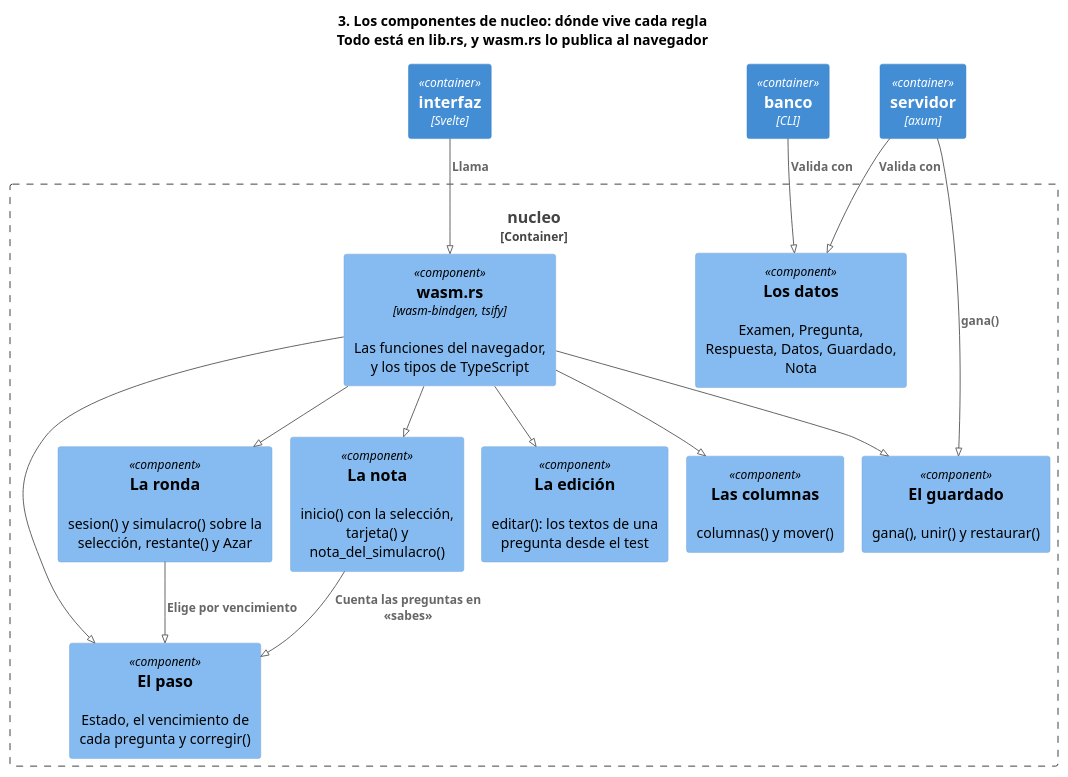
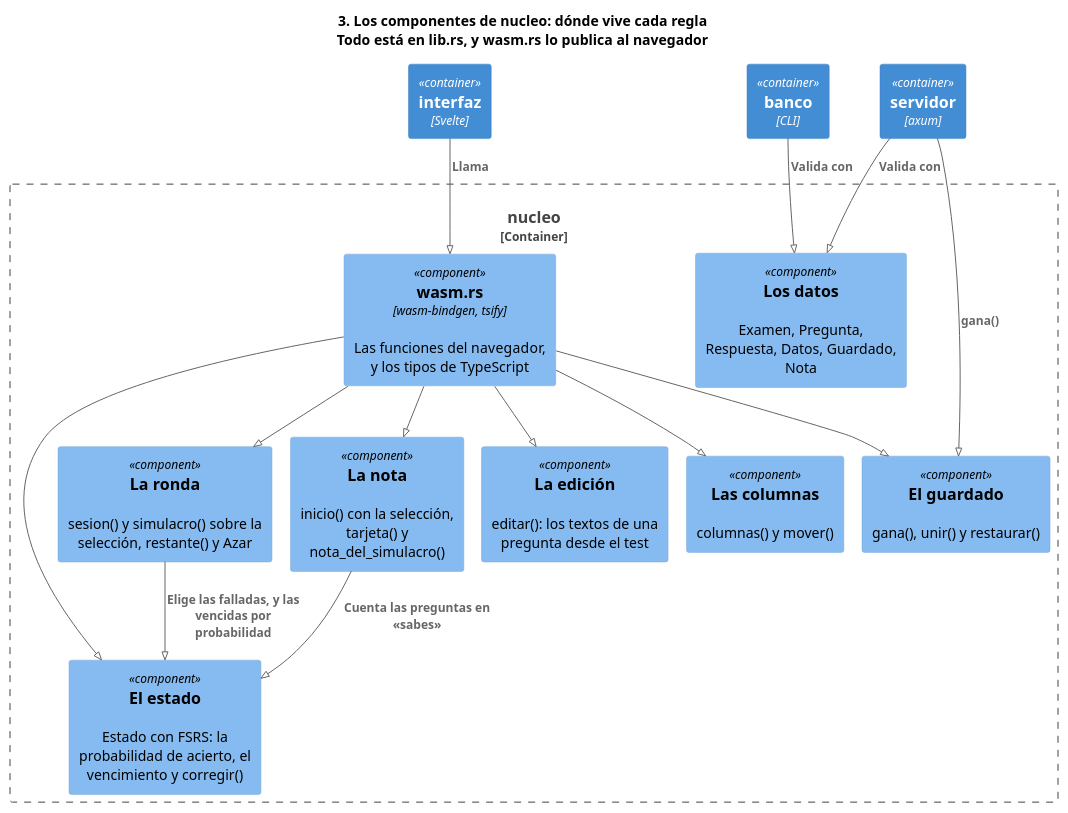
The diagram in docs/diagramas/3-nucleo.puml (jfdg01/examenes), drawn with PlantUML before and after one commit. The commit also changed 11 other files, not shown here.

First line of the commit message:
feat: el estado de una pregunta sale de FSRS

```diff
--- a/docs/diagramas/3-nucleo.puml
+++ b/docs/diagramas/3-nucleo.puml
@@ -1,33 +1,33 @@
 @startuml 3-nucleo
 !pragma layout smetana
 !include <C4/C4_Component>
 title 3. Los componentes de nucleo: dónde vive cada regla\nTodo está en lib.rs, y wasm.rs lo publica al navegador
 
 Container(interfaz, "interfaz", "Svelte")
 Container(servidor, "servidor", "axum")
 Container(banco, "banco", "CLI")
 
 Container_Boundary(nucleo, "nucleo") {
   Component(wasm, "wasm.rs", "wasm-bindgen, tsify", "Las funciones del navegador, y los tipos de TypeScript")
   Component(tipos, "Los datos", "", "Examen, Pregunta, Respuesta, Datos, Guardado, Nota")
-  Component(paso, "El paso", "", "Estado, el vencimiento de cada pregunta y corregir()")
+  Component(estado, "El estado", "", "Estado con FSRS: la probabilidad de acierto, el vencimiento y corregir()")
   Component(ronda, "La ronda", "", "sesion() y simulacro() sobre la selección, restante() y Azar")
   Component(guardado, "El guardado", "", "gana(), unir() y restaurar()")
   Component(nota, "La nota", "", "inicio() con la selección, tarjeta() y nota_del_simulacro()")
   Component(edicion, "La edición", "", "editar(): los textos de una pregunta desde el test")
   Component(columnas, "Las columnas", "", "columnas() y mover()")
 }
 
 Rel(interfaz, wasm, "Llama")
-Rel(wasm, paso, "")
+Rel(wasm, estado, "")
 Rel(wasm, ronda, "")
 Rel(wasm, guardado, "")
 Rel(wasm, nota, "")
 Rel(wasm, edicion, "")
 Rel(wasm, columnas, "")
-Rel(ronda, paso, "Elige por vencimiento")
-Rel(nota, paso, "Cuenta las preguntas en «sabes»")
+Rel(ronda, estado, "Elige las falladas, y las vencidas por probabilidad")
+Rel(nota, estado, "Cuenta las preguntas en «sabes»")
 Rel(servidor, tipos, "Valida con")
 Rel(servidor, guardado, "gana()")
 Rel(banco, tipos, "Valida con")
 @enduml
```
